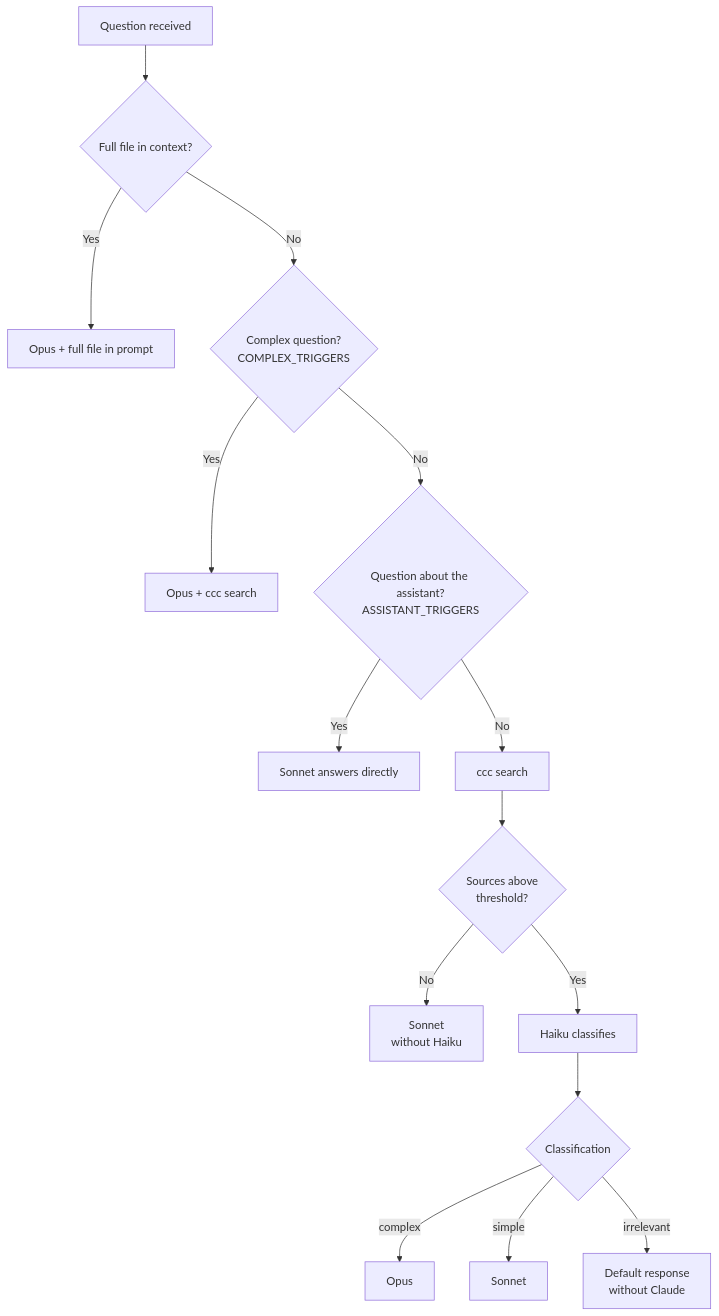
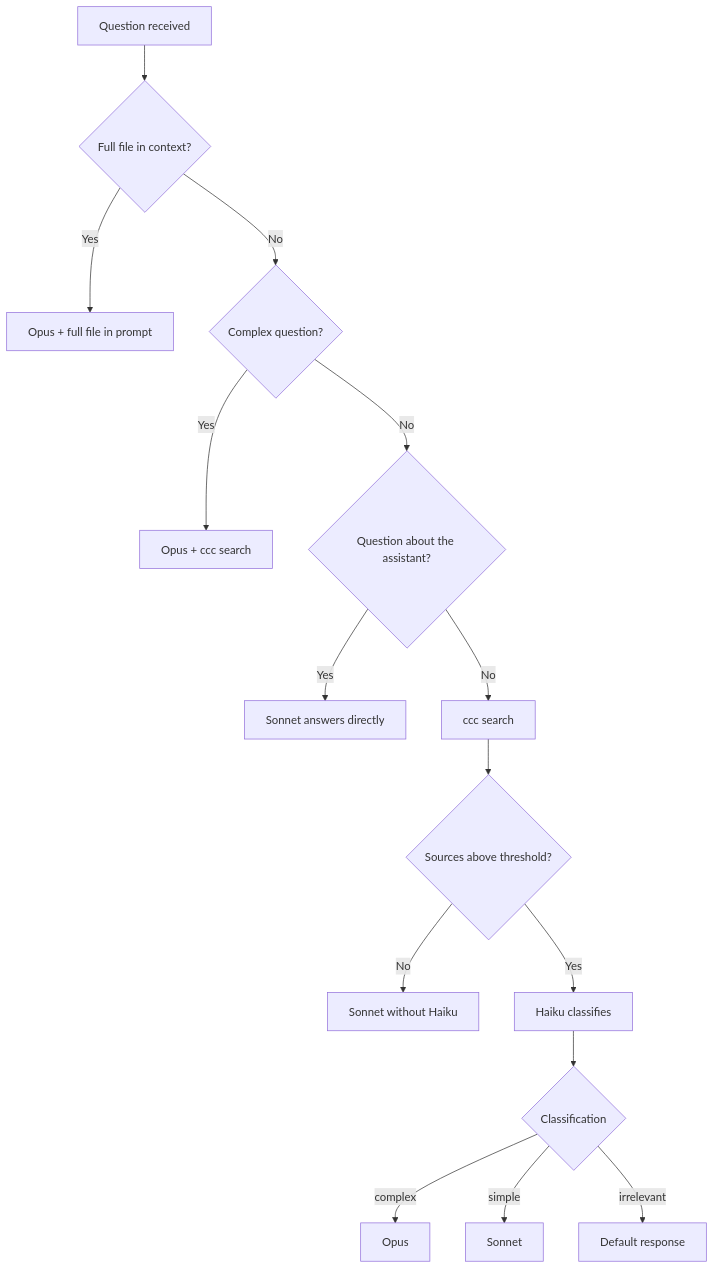
Before and after one commit to alexfdealmeida/rag-codebase: the diagram in README.md, drawn with Mermaid.

Commit message:
Branch: main; Update README.md

````diff
--- a/README.md
+++ b/README.md
@@ -97,17 +97,17 @@
 ```mermaid
 flowchart TD
     A[Question received] --> B{Full file in context?}
     B -- Yes --> C[Opus + full file in prompt]
-    B -- No --> D{Complex question?<br/>COMPLEX_TRIGGERS}
+    B -- No --> D{Complex question?}
     D -- Yes --> E[Opus + ccc search]
-    D -- No --> F{Question about the assistant?<br/>ASSISTANT_TRIGGERS}
+    D -- No --> F{Question about the assistant?}
     F -- Yes --> G[Sonnet answers directly]
     F -- No --> H[ccc search]
-    H --> I{Sources above<br/>threshold?}
-    I -- No --> J[Sonnet<br/>without Haiku]
+    H --> I{Sources above threshold?}
+    I -- No --> J[Sonnet without Haiku]
     I -- Yes --> K[Haiku classifies]
     K --> L{Classification}
     L -- complex --> M[Opus]
     L -- simple --> N[Sonnet]
-    L -- irrelevant --> O[Default response<br/>without Claude]
+    L -- irrelevant --> O[Default response]
 ```
````
